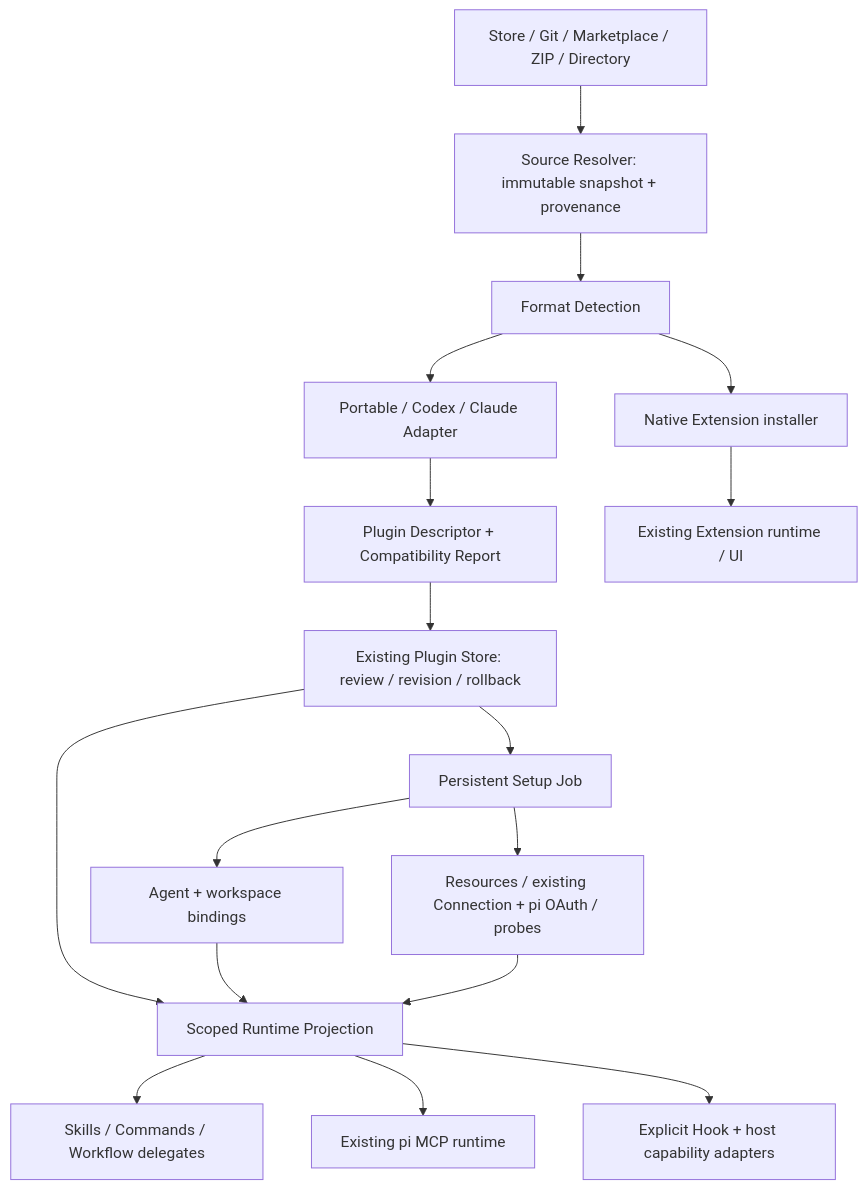
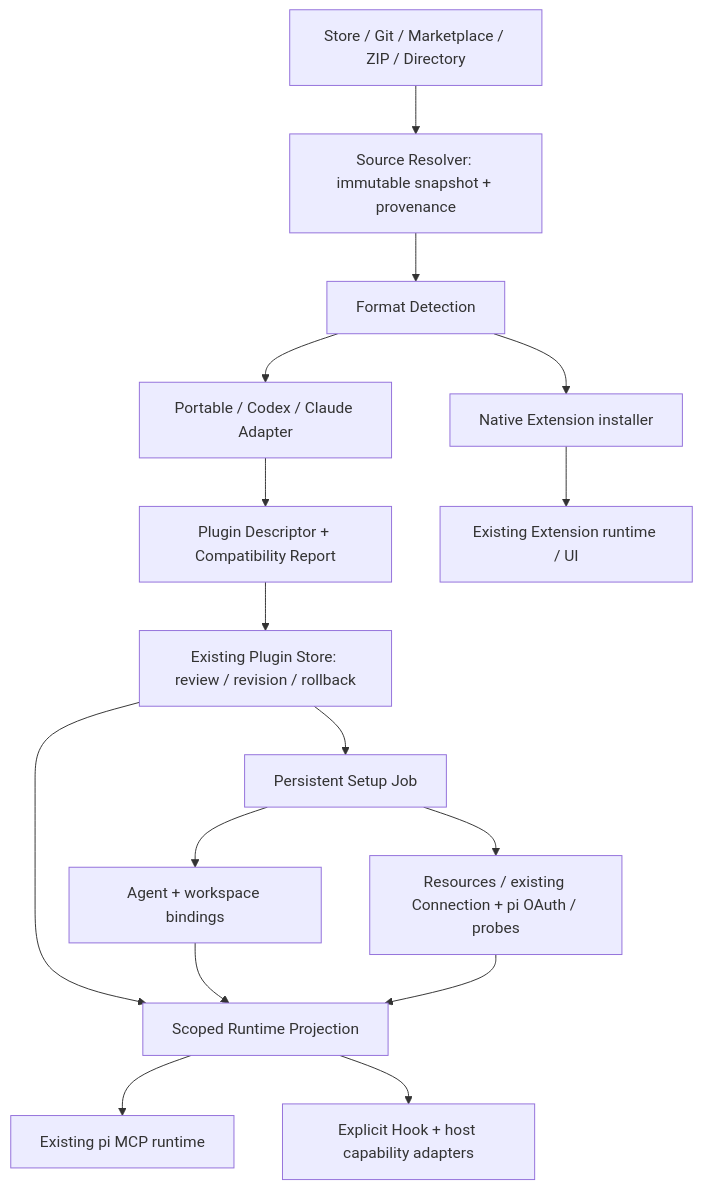
Before and after one commit to xopcai/xopc: the diagram in docs/design/plugin-ecosystem-compatibility-and-setup.md, drawn with Mermaid. The commit also changed other lines of this file and 784 other files, not shown here.

````diff
--- a/docs/design/plugin-ecosystem-compatibility-and-setup.md
+++ b/docs/design/plugin-ecosystem-compatibility-and-setup.md
@@ -70,19 +68,18 @@
 ```mermaid
 flowchart TD
   S[Store / Git / Marketplace / ZIP / Directory] --> R[Source Resolver: immutable snapshot + provenance]
   R --> F[Format Detection]
   F --> P[Portable / Codex / Claude Adapter]
   F --> N[Native Extension installer]
   P --> D[Plugin Descriptor + Compatibility Report]
   D --> I[Existing Plugin Store: review / revision / rollback]
   I --> J[Persistent Setup Job]
   J --> C[Resources / existing Connection + pi OAuth / probes]
   J --> B[Agent + workspace bindings]
   I --> V[Scoped Runtime Projection]
   B --> V
   C --> V
-  V --> K[Skills / Commands / Workflow delegates]
   V --> M[Existing pi MCP runtime]
   V --> H[Explicit Hook + host capability adapters]
   N --> U[Existing Extension runtime / UI]
 ```
````
